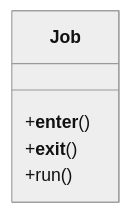
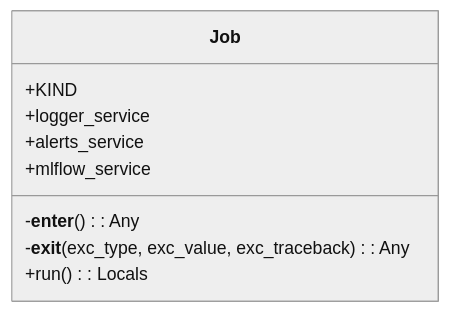
Before and after one commit to lgcorzo/mlops-python-package: the first of 4 diagrams in openwiki/src/regression_model_template/jobs/base.md, drawn with Mermaid (neutral theme). The commit also changed other lines of this file and 91 other files, not shown here.

````diff
--- a/openwiki/src/regression_model_template/jobs/base.md
+++ b/openwiki/src/regression_model_template/jobs/base.md
@@ -20,9 +21,12 @@
 ```mermaid
 classDiagram
-    direction BT
     class Job {
-        +__enter__()
-        +__exit__()
-        +run()
+        +KIND
+        +logger_service
+        +alerts_service
+        +mlflow_service
+        -__enter__() : Any
+        -__exit__(exc_type, exc_value, exc_traceback) : Any
+        +run() : Locals
     }
 ```
````
